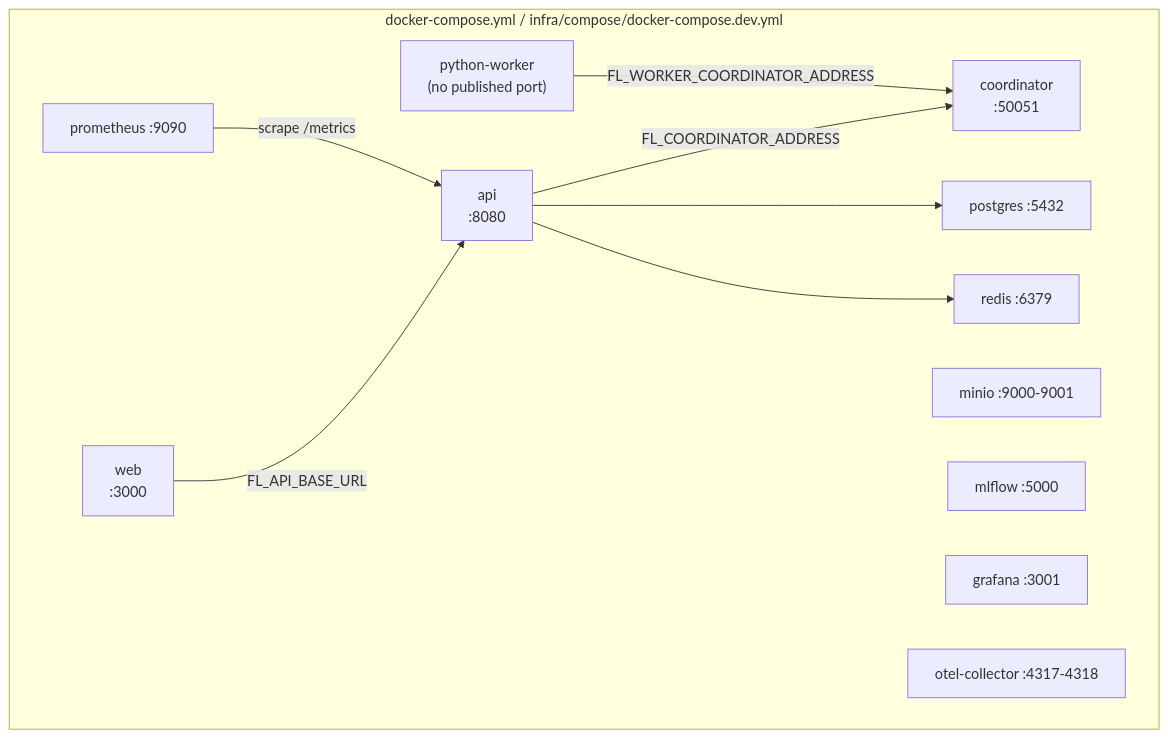
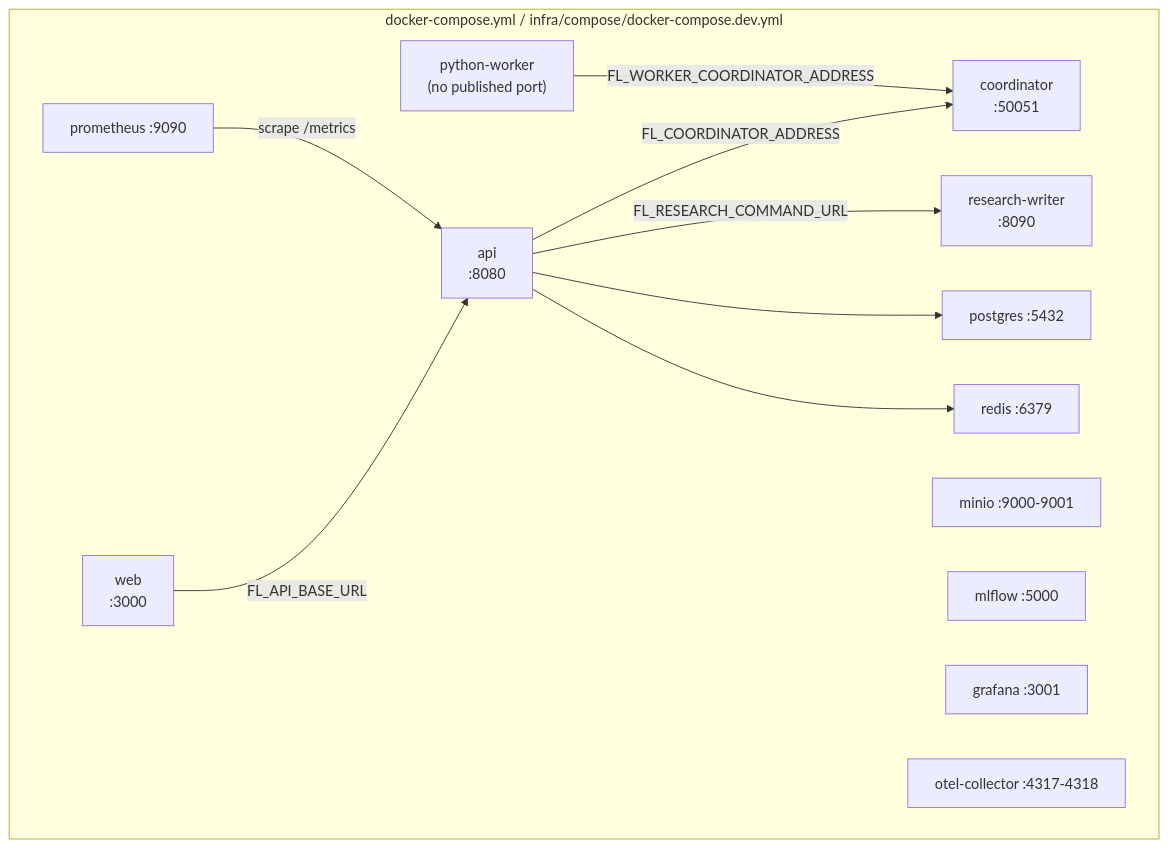
The diagram in docs/docker-runtime.md (smshagor-dev/Federated-Learning-on-Non-IID-Data-Differential-Privacy), drawn with Mermaid before and after one commit. The commit also changed other lines of this file and 222 other files, not shown here.

````diff
--- a/docs/docker-runtime.md
+++ b/docs/docker-runtime.md
@@ -5,22 +15,24 @@
 ```mermaid
 flowchart TB
     subgraph Compose [docker-compose.yml / infra/compose/docker-compose.dev.yml]
         coordinator["coordinator<br/>:50051"]
         api["api<br/>:8080"]
+        research-writer["research-writer<br/>:8090"]
         web["web<br/>:3000"]
         python-worker["python-worker<br/>(no published port)"]
         postgres["postgres :5432"]
         redis["redis :6379"]
         minio["minio :9000-9001"]
         mlflow["mlflow :5000"]
         prometheus["prometheus :9090"]
         grafana["grafana :3001"]
         otel["otel-collector :4317-4318"]
     end
     api -->|FL_COORDINATOR_ADDRESS| coordinator
+    api -->|FL_RESEARCH_COMMAND_URL| research-writer
     python-worker -->|FL_WORKER_COORDINATOR_ADDRESS| coordinator
     web -->|FL_API_BASE_URL| api
     api --> postgres
     api --> redis
     prometheus -->|scrape /metrics| api
 ```
````
